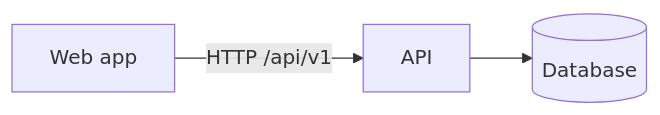
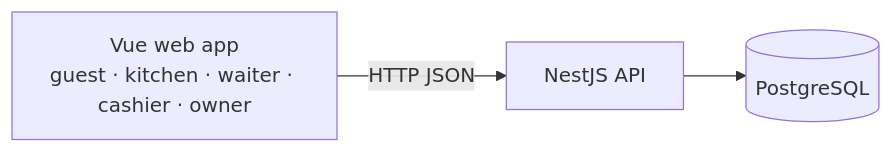
One commit to deputychinh/TableQR changed the diagram in README.md. Above: the diagram before and after it, drawn with Mermaid. The commit also changed other lines of this file and 13 other files, not shown here.

````diff
--- a/README.md
+++ b/README.md
@@ -26,5 +26,5 @@
 ```mermaid
 flowchart LR
-  web[Web app] -->|HTTP /api/v1| api[API]
-  api --> db[(Database)]
+  web[Vue web app<br/>guest · kitchen · waiter · cashier · owner] -->|HTTP JSON| api[NestJS API]
+  api --> db[(PostgreSQL)]
 ```
````
